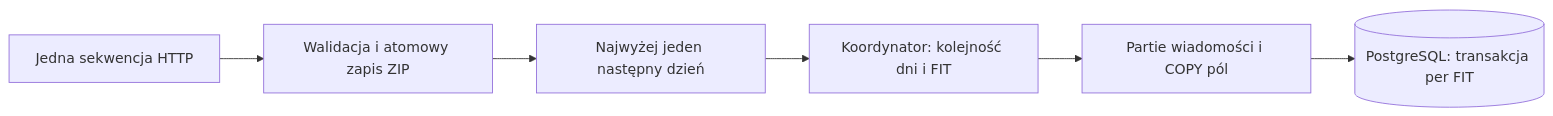
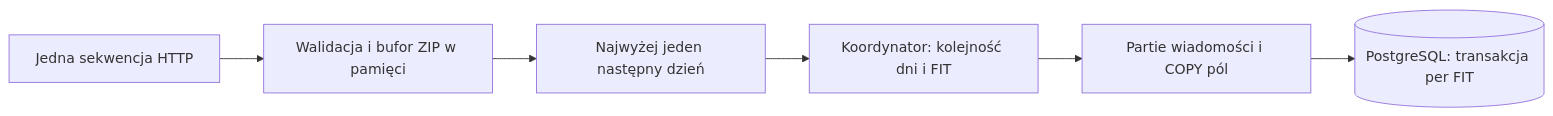
Before and after one commit to wiQ1999/GarminDatabase: the diagram in docs/04-synchronization.md, drawn with Mermaid. The commit also changed other lines of this file and 30 other files, not shown here.

````diff
--- a/docs/04-synchronization.md
+++ b/docs/04-synchronization.md
@@ -59,8 +59,8 @@
 ```mermaid
 flowchart LR
-    N[Jedna sekwencja HTTP] --> Z[Walidacja i atomowy zapis ZIP]
+    N[Jedna sekwencja HTTP] --> Z[Walidacja i bufor ZIP w pamięci]
     Z --> Q[Najwyżej jeden następny dzień]
     Q --> C[Koordynator: kolejność dni i FIT]
     C --> B[Partie wiadomości i COPY pól]
     B --> P[(PostgreSQL: transakcja per FIT)]
 ```
````
